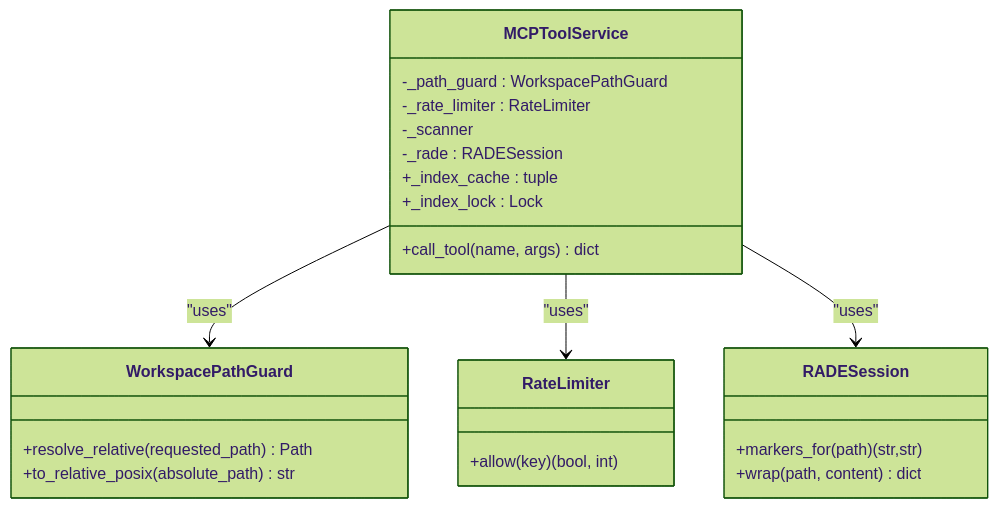
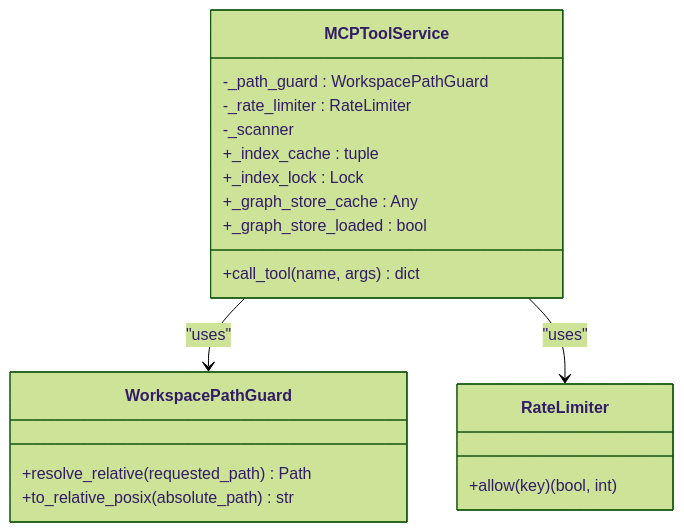
Before and after one commit to maemreyo/zmr-ctx-paker: the fourth of 5 diagrams in .qoder/repowiki/en/content/CLI Reference/MCP Server/MCP Server.md, drawn with Mermaid (forest theme). The commit also changed other lines of this file and 25 other files, not shown here.

````diff
--- a/.qoder/repowiki/en/content/CLI Reference/MCP Server/MCP Server.md
+++ b/.qoder/repowiki/en/content/CLI Reference/MCP Server/MCP Server.md
@@ -286,26 +299,22 @@
 ```mermaid
 classDiagram
 class WorkspacePathGuard {
 +resolve_relative(requested_path) Path
 +to_relative_posix(absolute_path) str
 }
 class RateLimiter {
 +allow(key) (bool, int)
 }
-class RADESession {
-+markers_for(path) (str,str)
-+wrap(path, content) dict
-}
 class MCPToolService {
 -_path_guard : WorkspacePathGuard
 -_rate_limiter : RateLimiter
 -_scanner
--_rade : RADESession
 +_index_cache : tuple
 +_index_lock : Lock
++_graph_store_cache : Any
++_graph_store_loaded : bool
 +call_tool(name, args) dict
 }
 MCPToolService --> WorkspacePathGuard : "uses"
 MCPToolService --> RateLimiter : "uses"
-MCPToolService --> RADESession : "uses"
 ```
````
